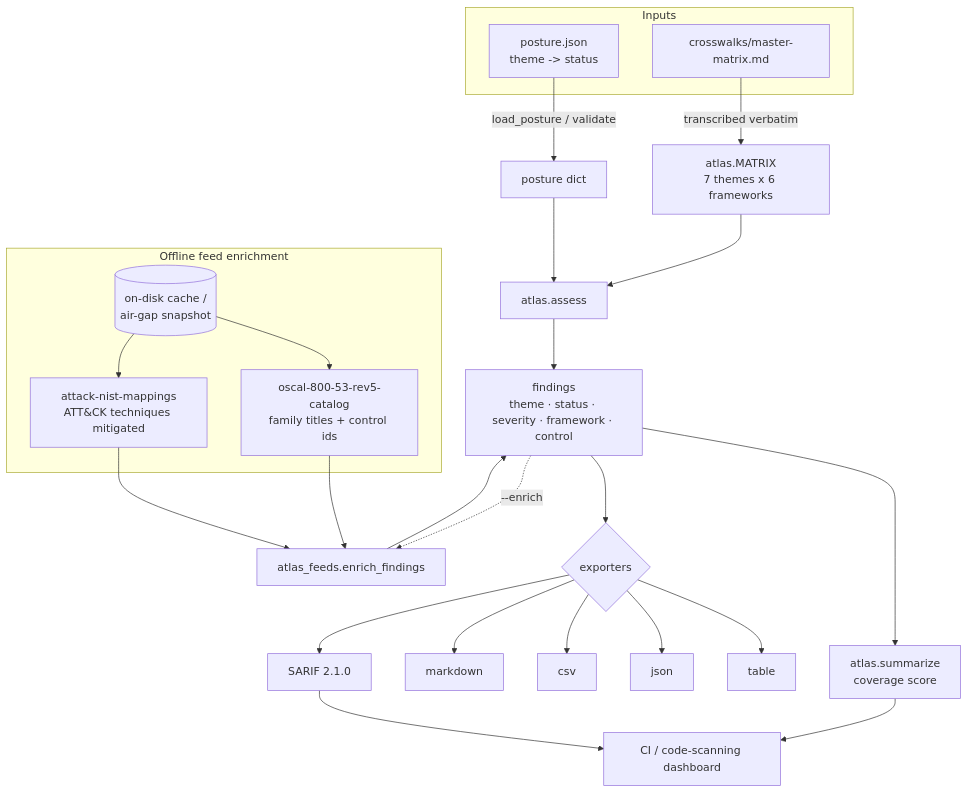
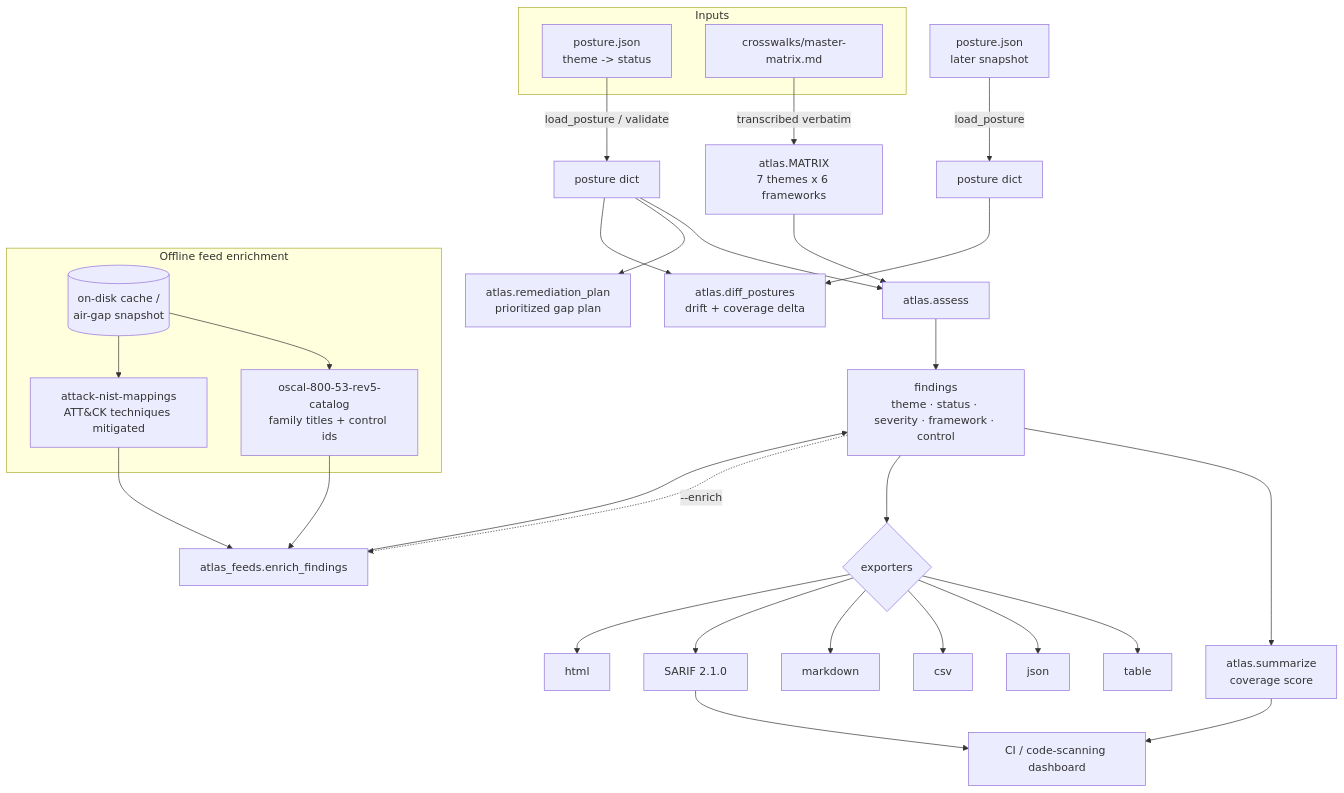
One commit to cognis-digital/compliance-atlas changed the diagram in docs/ARCHITECTURE.md. Above: the diagram before and after it, drawn with Mermaid. The commit also changed other lines of this file and 21 other files, not shown here.

First line of the commit message:
Expand atlas: drift/plan/template + HTML export, packaging, CI matrix, docs

````diff
--- a/docs/ARCHITECTURE.md
+++ b/docs/ARCHITECTURE.md
@@ -26,37 +26,43 @@
 ```mermaid
 flowchart TD
   subgraph Inputs
     P[posture.json<br/>theme -> status]
     MX[crosswalks/master-matrix.md]
   end
 
   MX -->|transcribed verbatim| MATRIX[atlas.MATRIX<br/>7 themes x 6 frameworks]
   P -->|load_posture / validate| POS[posture dict]
 
   POS --> ASSESS[atlas.assess]
   MATRIX --> ASSESS
   ASSESS --> F[findings<br/>theme · status · severity · framework · control]
 
   F --> SUM[atlas.summarize<br/>coverage score]
   F --> EXP{exporters}
   EXP --> T[table]
   EXP --> J[json]
   EXP --> C[csv]
   EXP --> MD[markdown]
   EXP --> SA[SARIF 2.1.0]
+  EXP --> H[html]
+
+  POS --> PLAN[atlas.remediation_plan<br/>prioritized gap plan]
+  P2[posture.json<br/>later snapshot] -->|load_posture| POS2[posture dict]
+  POS --> DIFF[atlas.diff_postures<br/>drift + coverage delta]
+  POS2 --> DIFF
 
   subgraph Offline feed enrichment
     CACHE[(on-disk cache /<br/>air-gap snapshot)]
     OSCAL[oscal-800-53-rev5-catalog<br/>family titles + control ids]
     ATTACK[attack-nist-mappings<br/>ATT&CK techniques mitigated]
     CACHE --> OSCAL
     CACHE --> ATTACK
   end
   OSCAL --> ENR[atlas_feeds.enrich_findings]
   ATTACK --> ENR
   F -. --enrich .-> ENR
   ENR --> F
 
   SA --> CI[CI / code-scanning dashboard]
   SUM --> CI
 ```
````
